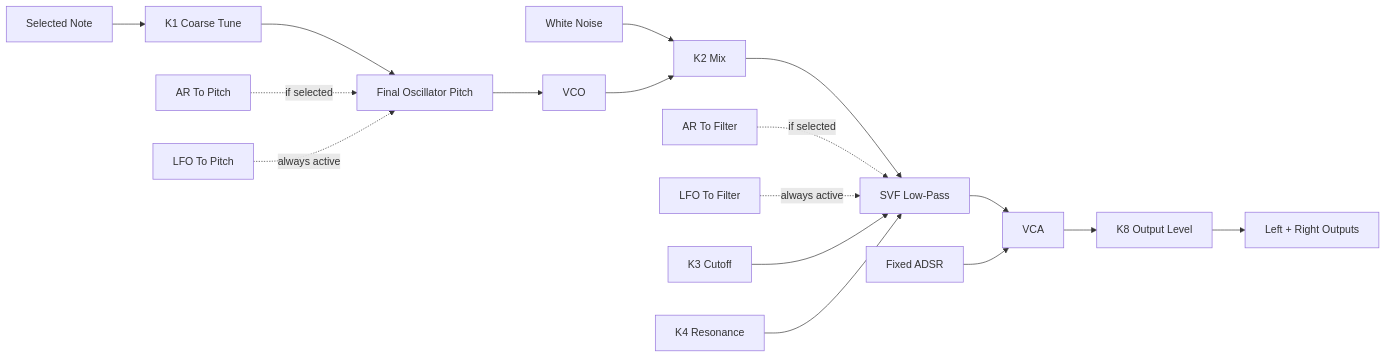
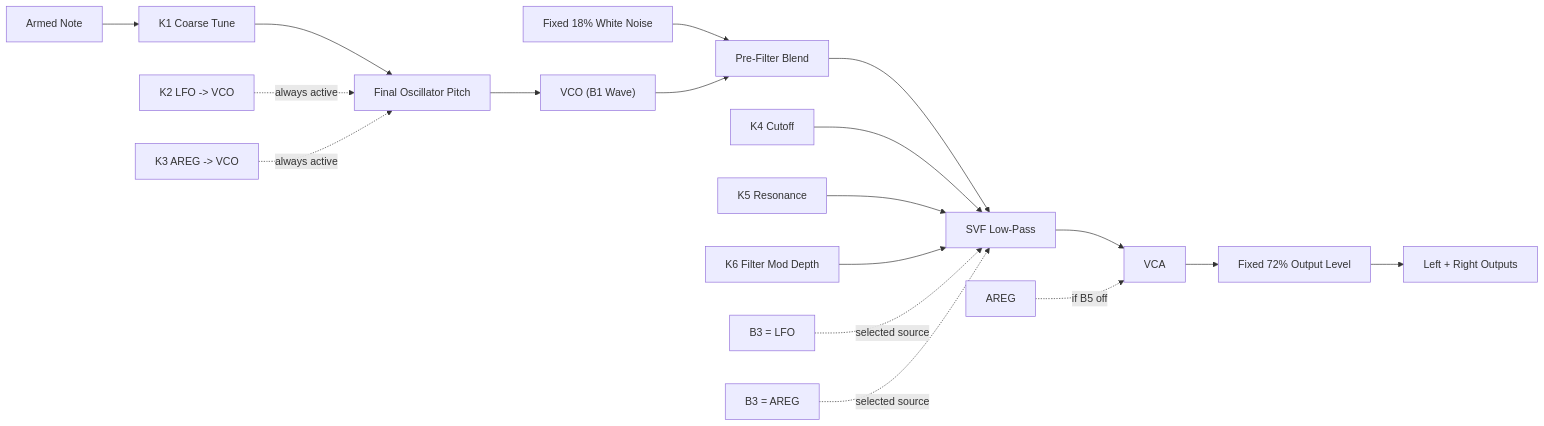
One commit to Denys/DaisyExamples changed the fifth of 7 diagrams in MyProjects/_projects/Field_MFOS_NoiseToaster/DIAGRAMS.md. Above: the diagram before and after it, drawn with Mermaid. The commit also changed other lines of this file and 33 other files, not shown here.

````diff
--- a/MyProjects/_projects/Field_MFOS_NoiseToaster/DIAGRAMS.md
+++ b/MyProjects/_projects/Field_MFOS_NoiseToaster/DIAGRAMS.md
@@ -107,22 +117,23 @@
 ```mermaid
 flowchart LR
-    NOTE["Selected Note"] --> TUNE["K1 Coarse Tune"]
+    NOTE["Armed Note"] --> TUNE["K1 Coarse Tune"]
     TUNE --> PITCH["Final Oscillator Pitch"]
-    ARP["AR To Pitch"] -. if selected .-> PITCH
-    LFOP["LFO To Pitch"] -. always active .-> PITCH
+    LFOP["K2 LFO -> VCO"] -. always active .-> PITCH
+    ARP["K3 AREG -> VCO"] -. always active .-> PITCH
 
-    PITCH --> VCO["VCO"]
-    NOISE["White Noise"] --> MIX["K2 Mix"]
+    PITCH --> VCO["VCO (B1 Wave)"]
+    NOISE["Fixed 18% White Noise"] --> MIX["Pre-Filter Blend"]
     VCO --> MIX
 
     MIX --> LPF["SVF Low-Pass"]
-    ARC["AR To Filter"] -. if selected .-> LPF
-    LFOF["LFO To Filter"] -. always active .-> LPF
-    CUTOFF["K3 Cutoff"] --> LPF
-    RES["K4 Resonance"] --> LPF
+    CUTOFF["K4 Cutoff"] --> LPF
+    RES["K5 Resonance"] --> LPF
+    VCFMOD["K6 Filter Mod Depth"] --> LPF
+    LFOSRC["B3 = LFO"] -. selected source .-> LPF
+    ARSRC["B3 = AREG"] -. selected source .-> LPF
 
     LPF --> VCA["VCA"]
-    ADSR["Fixed ADSR"] --> VCA
-    VCA --> LEVEL["K8 Output Level"]
+    AREG["AREG"] -. if B5 off .-> VCA
+    VCA --> LEVEL["Fixed 72% Output Level"]
     LEVEL --> OUT["Left + Right Outputs"]
 ```
````
